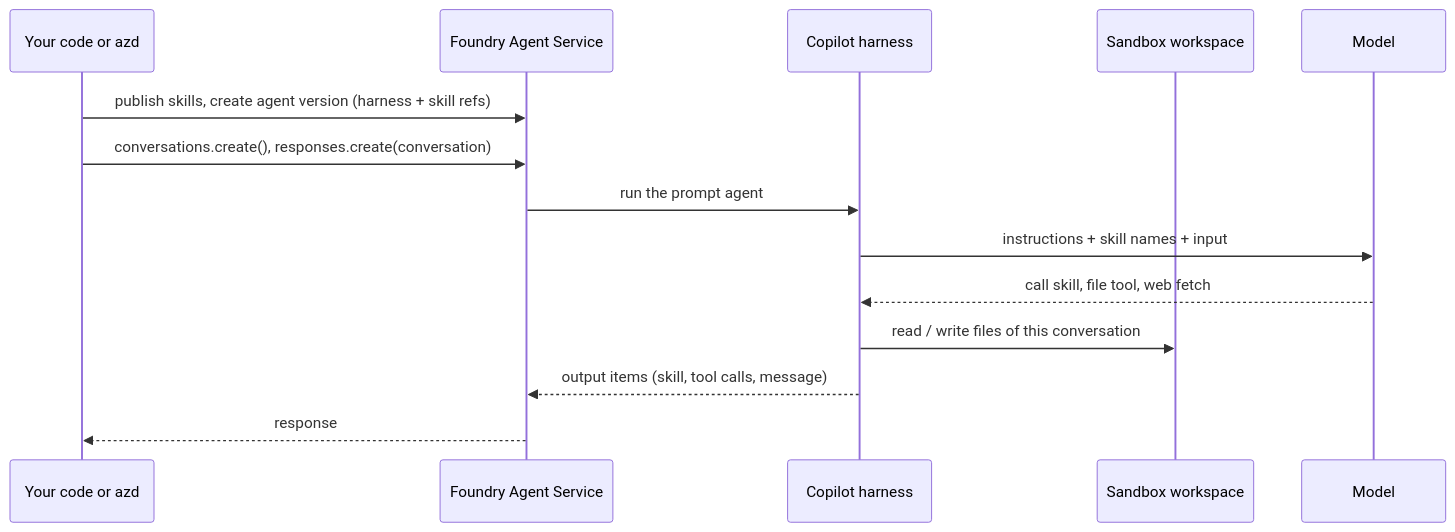
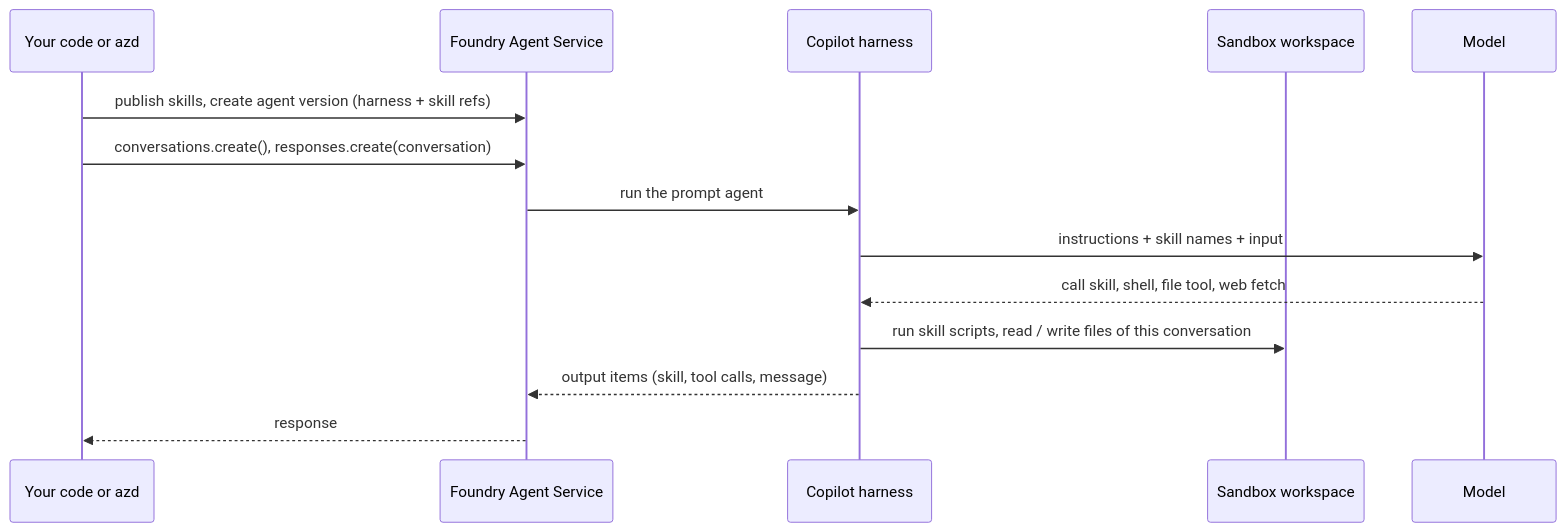
One commit to nampacx/MS-Foundry-from-0-to-hero changed the diagram in docs/copilot-harness.md. Above: the diagram before and after it, drawn with Mermaid. The commit also changed other lines of this file and 21 other files, not shown here.

First line of the commit message:
Harness skill scripts: invoice-review runs prewritten checks in the sandbox

````diff
--- a/docs/copilot-harness.md
+++ b/docs/copilot-harness.md
@@ -19,16 +21,16 @@
 ```mermaid
 sequenceDiagram
     participant C as Your code or azd
     participant F as Foundry Agent Service
     participant H as Copilot harness
     participant W as Sandbox workspace
     participant M as Model
     C->>F: publish skills, create agent version (harness + skill refs)
     C->>F: conversations.create(), responses.create(conversation)
     F->>H: run the prompt agent
     H->>M: instructions + skill names + input
-    M-->>H: call skill, file tool, web fetch
-    H->>W: read / write files of this conversation
+    M-->>H: call skill, shell, file tool, web fetch
+    H->>W: run skill scripts, read / write files of this conversation
     H-->>F: output items (skill, tool calls, message)
     F-->>C: response
 ```
````
